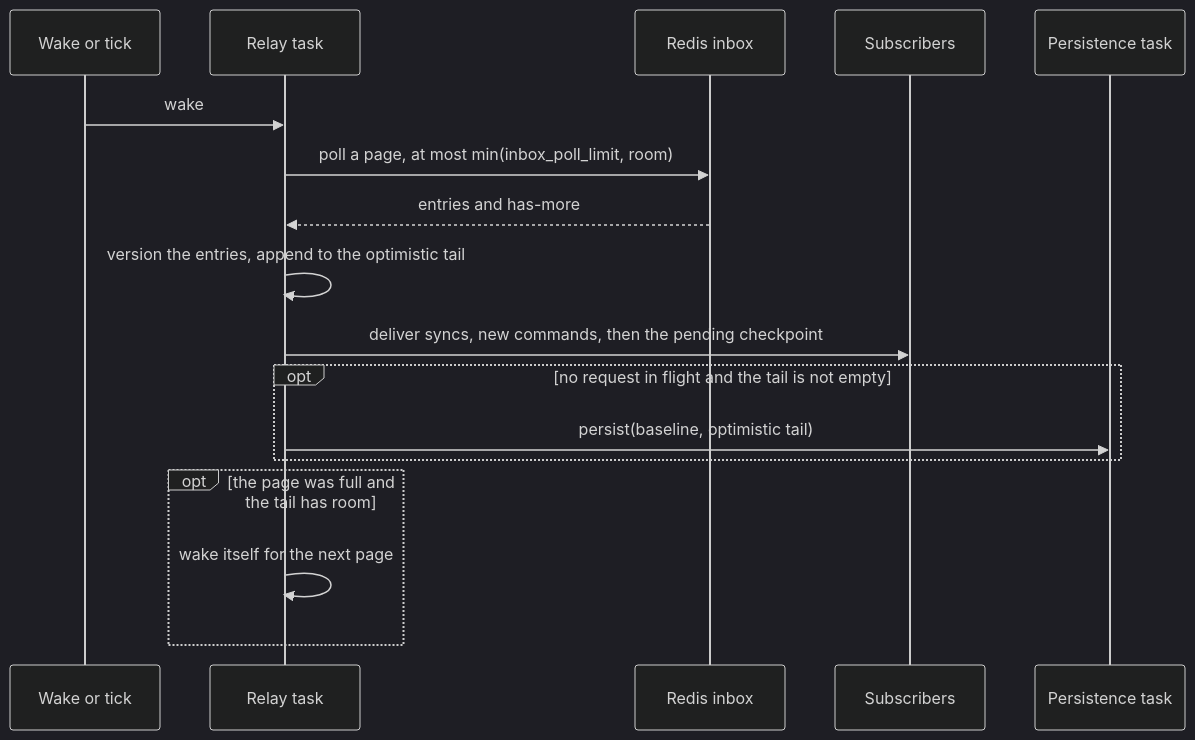
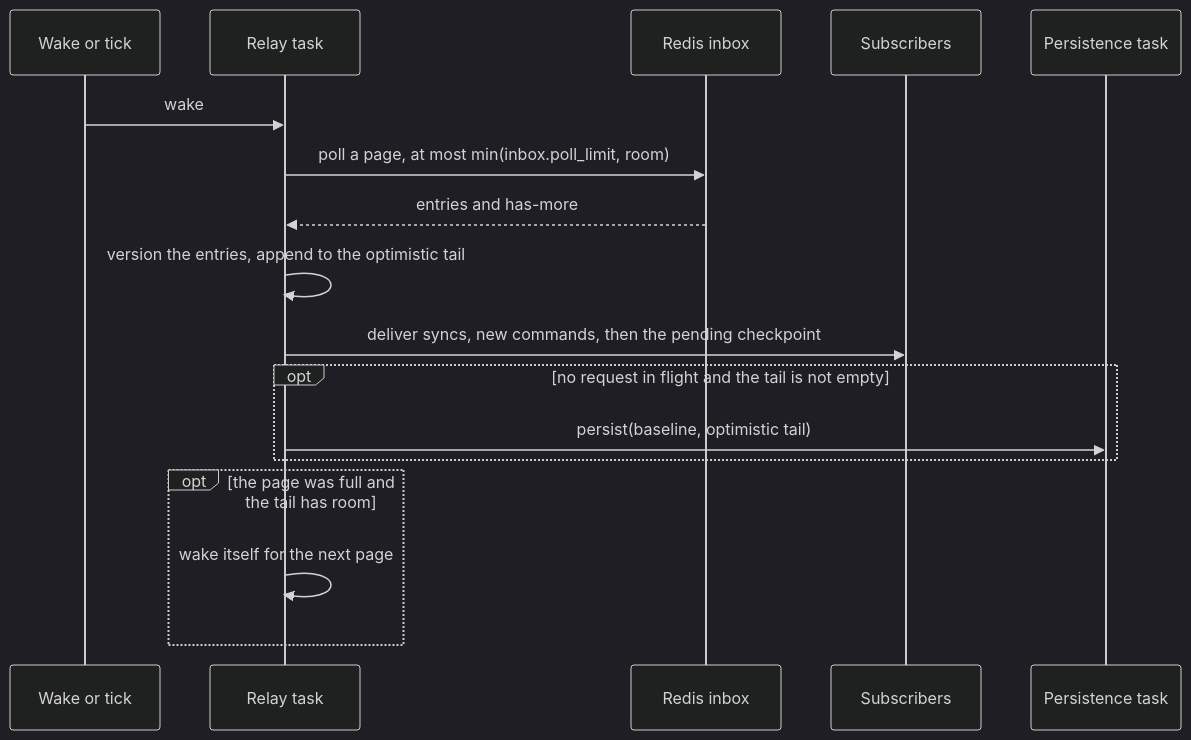
Before and after one commit to gzp79/shine-services: the fourth of 8 diagrams in docs/services/builder/command-stream.md, drawn with Mermaid (dark theme). The commit also changed other lines of this file and 30 other files, not shown here.

````diff
--- a/docs/services/builder/command-stream.md
+++ b/docs/services/builder/command-stream.md
@@ -156,20 +170,20 @@
 ```mermaid
 sequenceDiagram
     participant W as Wake or tick
     participant A as Relay task
     participant X as Redis inbox
     participant C as Subscribers
     participant P as Persistence task
 
     W->>A: wake
-    A->>X: poll a page, at most min(inbox_poll_limit, room)
+    A->>X: poll a page, at most min(inbox.poll_limit, room)
     X-->>A: entries and has-more
     A->>A: version the entries, append to the optimistic tail
     A->>C: deliver syncs, new commands, then the pending checkpoint
     opt no request in flight and the tail is not empty
         A->>P: persist(baseline, optimistic tail)
     end
     opt the page was full and the tail has room
         A->>A: wake itself for the next page
     end
 ```
````
